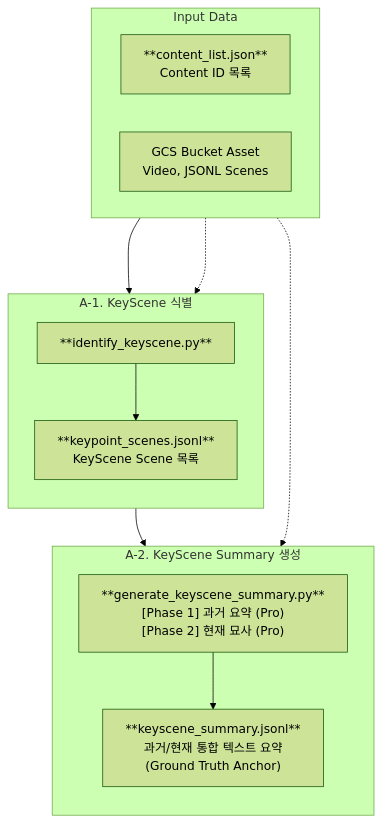
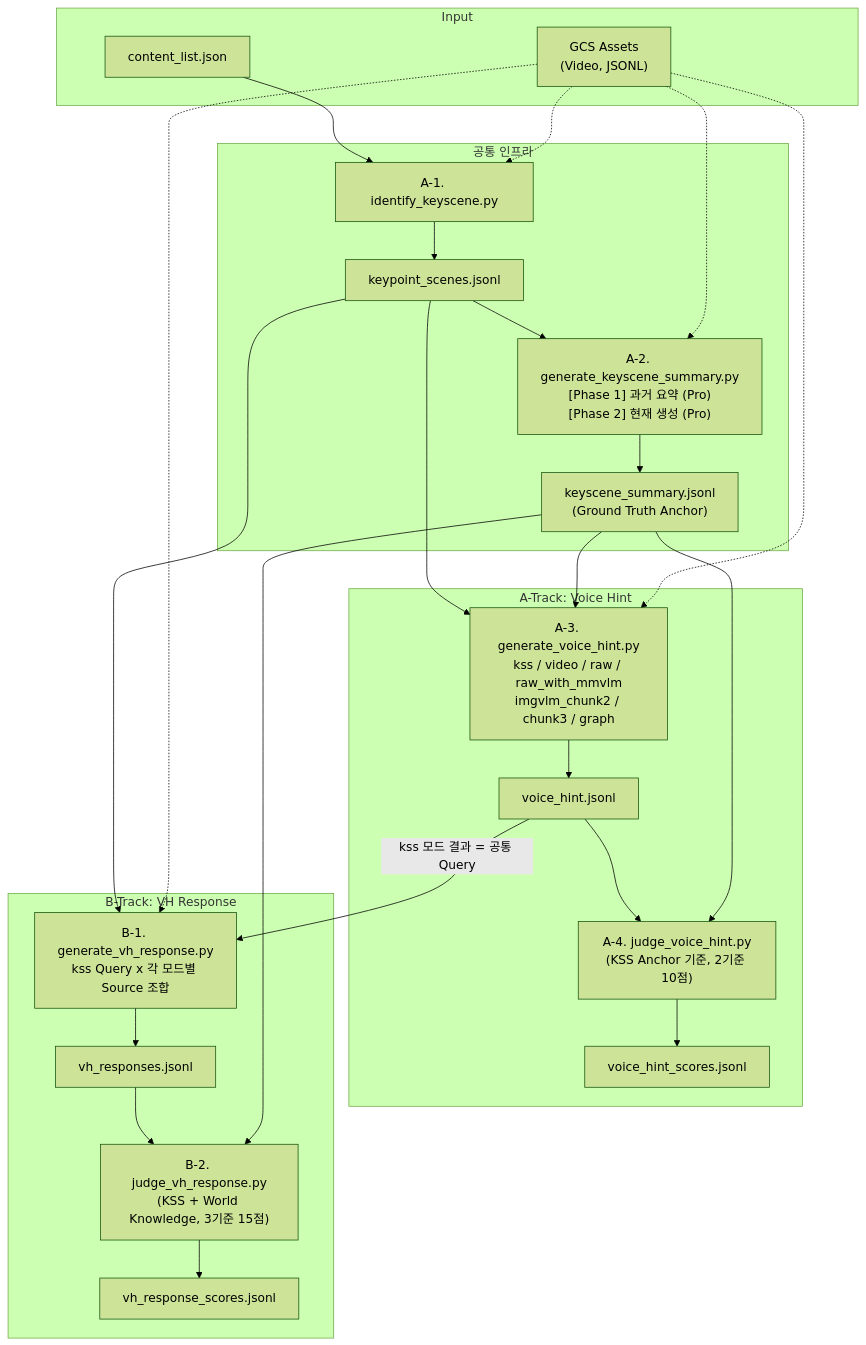
Before and after one commit to obeychoi0120/LLMJudge: the diagram in README.md, drawn with Mermaid (forest theme). The commit also changed other lines of this file and 1 other file, not shown here.

````diff
--- a/README.md
+++ b/README.md
@@ -85,28 +41,53 @@
 ```mermaid
 flowchart TD
-    subgraph INPUT["Input Data"]
-        direction LR
-        CL["**content_list.json**<br/>Content ID 목록"]
-        GCS["GCS Bucket Asset<br/>Video, JSONL Scenes"]
+    subgraph INPUT["Input"]
+        CL["content_list.json"]
+        GCS["GCS Assets\n(Video, JSONL)"]
     end
 
-    subgraph STEP1["A-1. KeyScene 식별"]
-        direction TB
-        KP_SCRIPT["**identify_keyscene.py**"]
-        KP_OUT["**keypoint_scenes.jsonl**<br/>KeyScene Scene 목록"]
+    subgraph INFRA["공통 인프라"]
+        A1["A-1. identify_keyscene.py"]
+        KP["keypoint_scenes.jsonl"]
+        A2["A-2. generate_keyscene_summary.py\n[Phase 1] 과거 요약 (Pro)\n[Phase 2] 현재 생성 (Pro)"]
+        KSS["keyscene_summary.jsonl\n(Ground Truth Anchor)"]
     end
 
-    subgraph STEP2["A-2. KeyScene Summary 생성"]
-        direction TB
-        KS_SCRIPT["**generate_keyscene_summary.py**<br/>[Phase 1] 과거 요약 (Pro)<br/>[Phase 2] 현재 묘사 (Pro)"]
-        KS_OUT["**keyscene_summary.jsonl**<br/>과거/현재 통합 텍스트 요약<br/>(Ground Truth Anchor)"]
+    subgraph ATRACK["A-Track: Voice Hint"]
+        A3["A-3. generate_voice_hint.py\nkss / video / raw / raw_with_mmvlm\nimgvlm_chunk2 / chunk3 / graph"]
+        VH["voice_hint.jsonl"]
+        A4["A-4. judge_voice_hint.py\n(KSS Anchor 기준, 2기준 10점)"]
+        VHS["voice_hint_scores.jsonl"]
     end
 
-    CL --> KP_SCRIPT
-    GCS -..-> KP_SCRIPT
-    KP_SCRIPT --> KP_OUT
+    subgraph BTRACK["B-Track: VH Response"]
+        B1["B-1. generate_vh_response.py\nkss Query x 각 모드별 Source 조합"]
+        VHR["vh_responses.jsonl"]
+        B2["B-2. judge_vh_response.py\n(KSS + World Knowledge, 3기준 15점)"]
+        VHRS["vh_response_scores.jsonl"]
+    end
 
-    KP_OUT --> KS_SCRIPT
-    GCS -..-> KS_SCRIPT
-    KS_SCRIPT --> KS_OUT
+    CL --> A1
+    GCS -.-> A1
+    A1 --> KP
+    KP --> A2
+    GCS -.-> A2
+    A2 --> KSS
+
+    KP --> A3
+    KSS --> A3
+    GCS -.-> A3
+    A3 --> VH
+
+    VH --> A4
+    KSS --> A4
+    A4 --> VHS
+
+    VH -- "kss 모드 결과 = 공통 Query" --> B1
+    KP --> B1
+    GCS -.-> B1
+    B1 --> VHR
+
+    VHR --> B2
+    KSS --> B2
+    B2 --> VHRS
 ```
````
